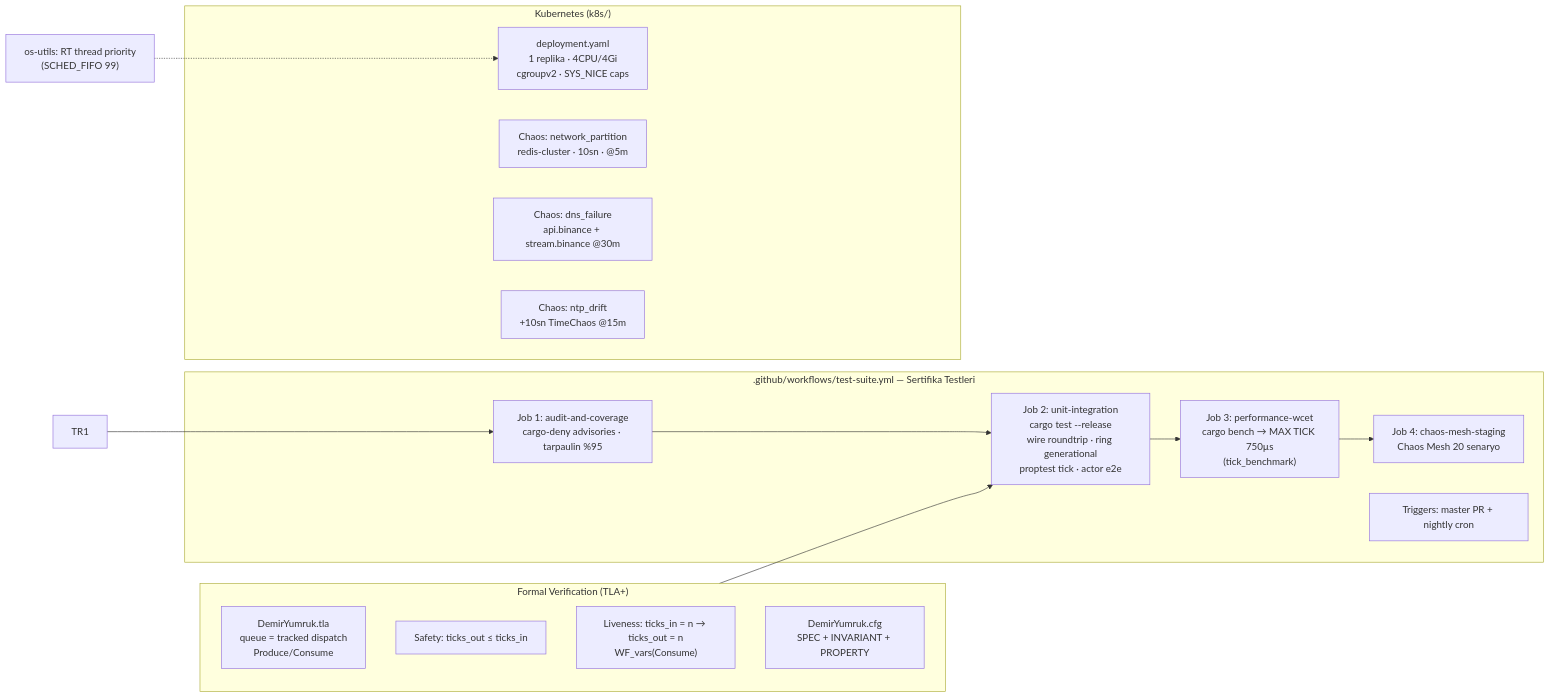
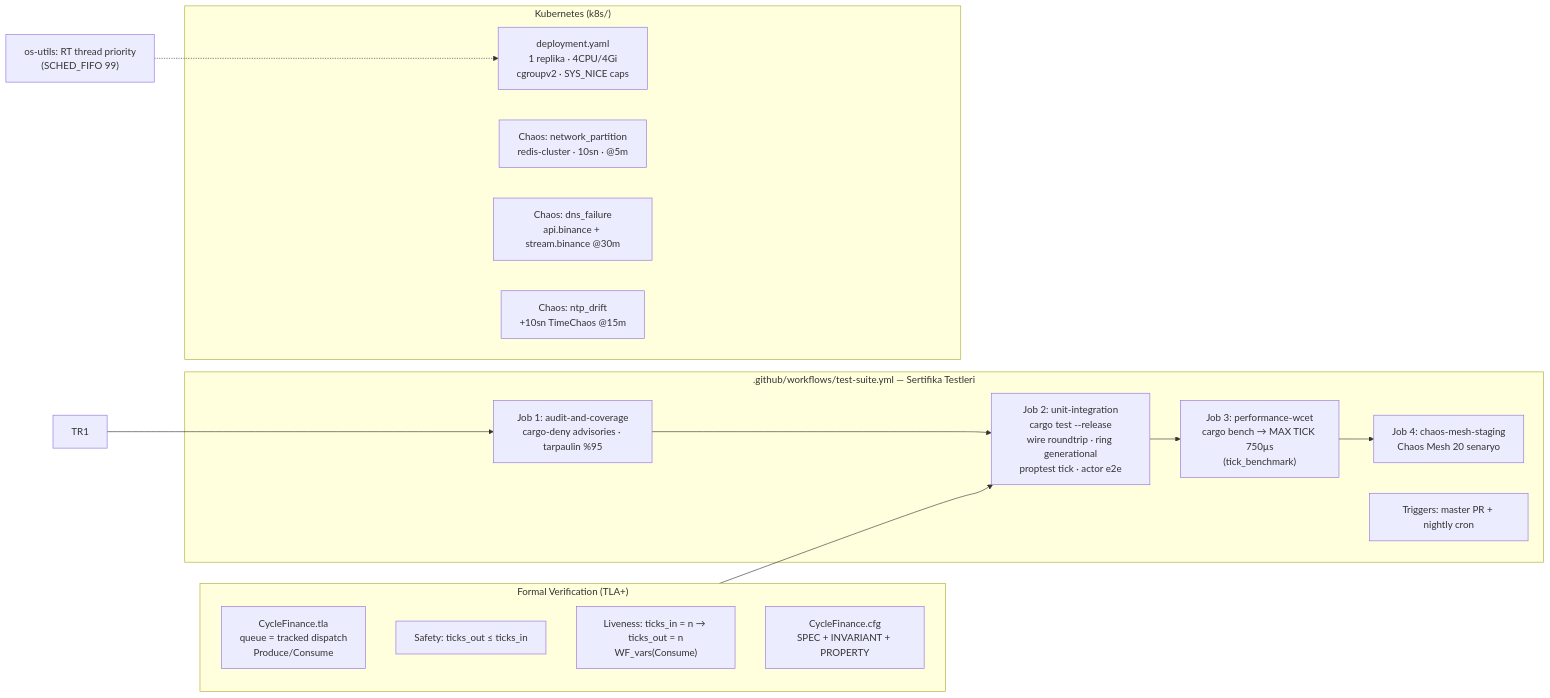
One commit to Quant-Trade-Lab-Community/cycle_finance_bot changed the diagram in docs/flowcharts/11_ci_kubernetes_tla.mmd. Above: the diagram before and after it, drawn with Mermaid. The commit also changed 35 other files, not shown here.

First line of the commit message:
refactor: sistem adı Cycle Finance olarak güncellendi

```diff
--- a/docs/flowcharts/11_ci_kubernetes_tla.mmd
+++ b/docs/flowcharts/11_ci_kubernetes_tla.mmd
@@ -1,27 +1,27 @@
 flowchart LR
     subgraph CI[".github/workflows/test-suite.yml — Sertifika Testleri"]
         J1["Job 1: audit-and-coverage<br/>cargo-deny advisories · tarpaulin %95"]
         J2["Job 2: unit-integration<br/>cargo test --release<br/>wire roundtrip · ring generational<br/>proptest tick · actor e2e"]
         J3["Job 3: performance-wcet<br/>cargo bench → MAX TICK 750µs<br/>(tick_benchmark)"]
         J4["Job 4: chaos-mesh-staging<br/>Chaos Mesh 20 senaryo"]
         TR["Triggers: master PR + nightly cron"]
     end
 
     subgraph K8S["Kubernetes (k8s/)"]
         DEP["deployment.yaml<br/>1 replika · 4CPU/4Gi<br/>cgroupv2 · SYS_NICE caps"]
         P1["Chaos: network_partition<br/>redis-cluster · 10sn · @5m"]
         P2["Chaos: dns_failure<br/>api.binance + stream.binance @30m"]
         P3["Chaos: ntp_drift<br/>+10sn TimeChaos @15m"]
     end
 
     subgraph FORMAL["Formal Verification (TLA+)"]
-        TLA["DemirYumruk.tla<br/>queue = tracked dispatch <br/>Produce/Consume"]
+        TLA["CycleFinance.tla<br/>queue = tracked dispatch <br/>Produce/Consume"]
         SAFE["Safety: ticks_out ≤ ticks_in"]
         LIVE["Liveness: ticks_in = n → ticks_out = n<br/>WF_vars(Consume)"]
-        CFG["DemirYumruk.cfg<br/>SPEC + INVARIANT + PROPERTY"]
+        CFG["CycleFinance.cfg<br/>SPEC + INVARIANT + PROPERTY"]
     end
 
     J1 --> J2 --> J3 --> J4
     TR1 --> J1
     FORMAL --> J2
     OS_UTIL["os-utils: RT thread priority<br/>(SCHED_FIFO 99)"] -.-> DEP
```
